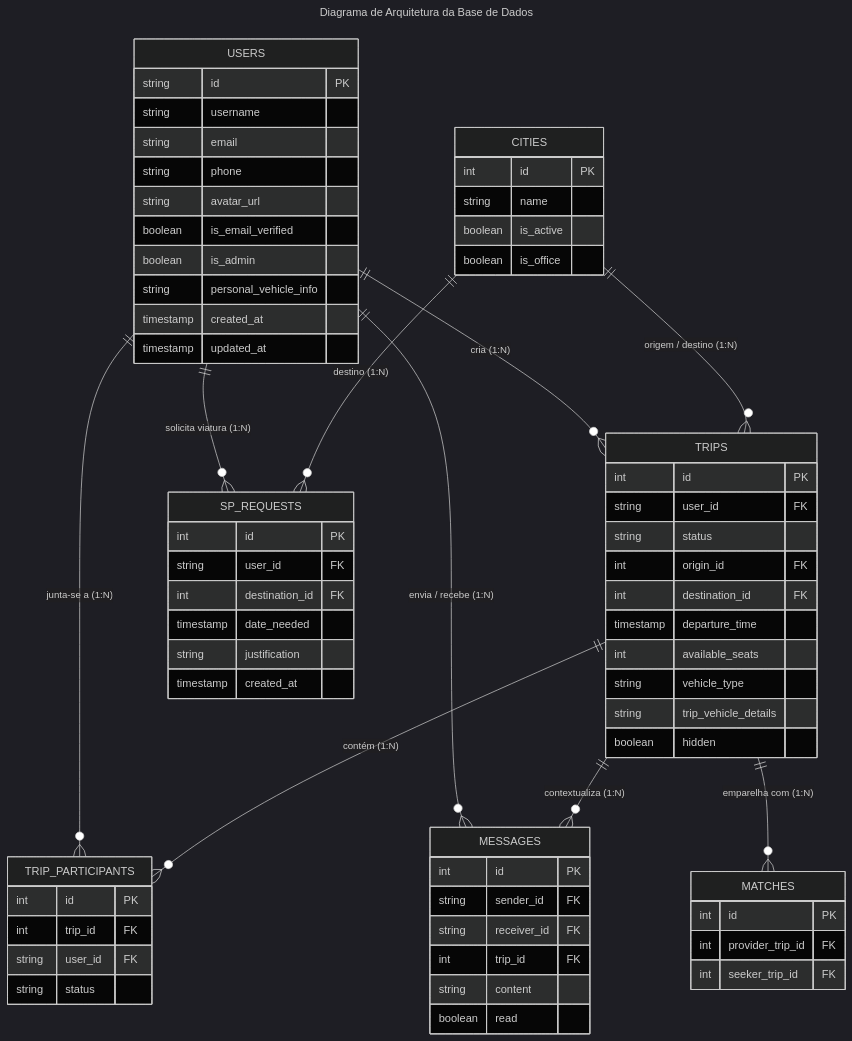
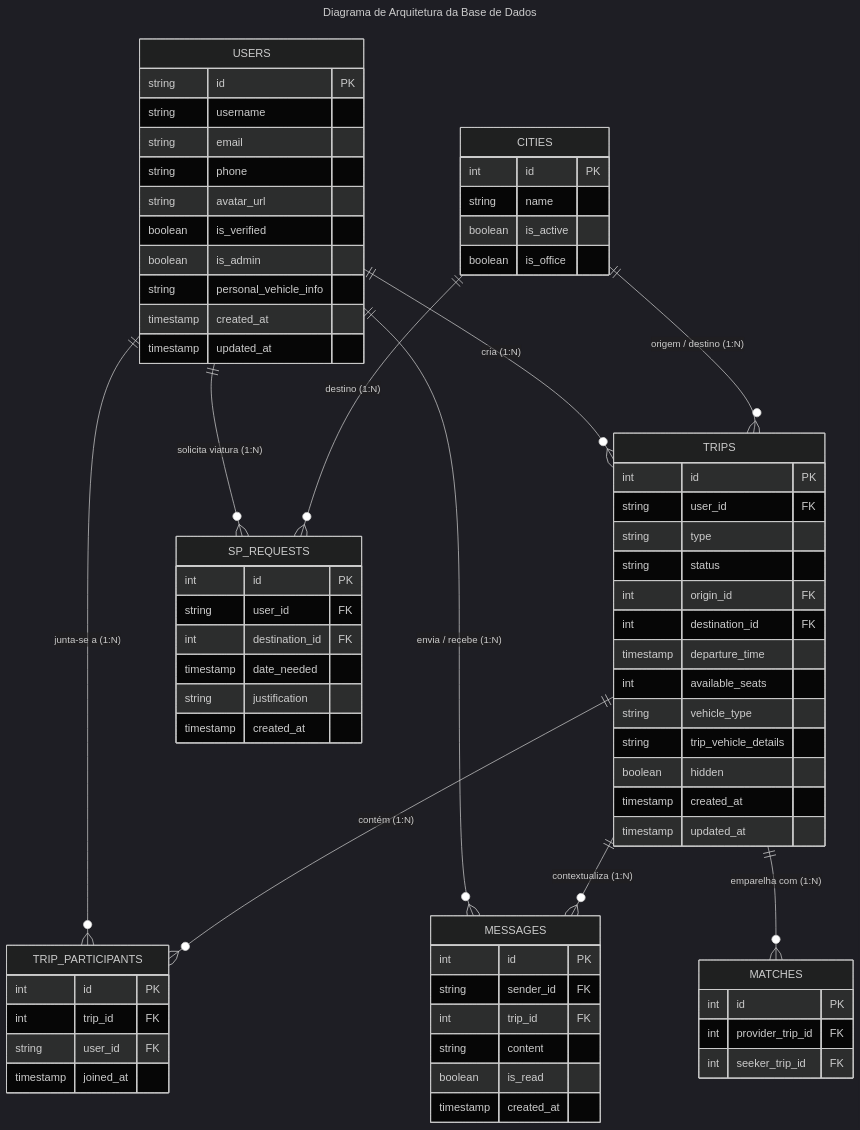
Before and after one commit to joaosantos1231209/Road-Buddies: the diagram in Documentation/Diagramas/base-dados.md, drawn with Mermaid (dark theme). The commit also changed 1 other file, not shown here.

```diff
--- a/Documentation/Diagramas/base-dados.md
+++ b/Documentation/Diagramas/base-dados.md
@@ -10,7 +10,7 @@
         string email
         string phone
         string avatar_url
-        boolean is_email_verified
+        boolean is_verified
         boolean is_admin
         string personal_vehicle_info
         timestamp created_at
@@ -20,6 +20,7 @@
     TRIPS {
         int id PK
         string user_id FK
+        string type
         string status 
         int origin_id FK
         int destination_id FK
@@ -28,22 +29,24 @@
         string vehicle_type 
         string trip_vehicle_details 
         boolean hidden
+        timestamp created_at
+        timestamp updated_at
     }
 
     TRIP_PARTICIPANTS {
         int id PK
         int trip_id FK
         string user_id FK
-        string status
+        timestamp joined_at
     }
 
     MESSAGES {
         int id PK
         string sender_id FK
-        string receiver_id FK
         int trip_id FK
         string content
-        boolean read
+        boolean is_read
+        timestamp created_at
     }
 
     MATCHES {
```
